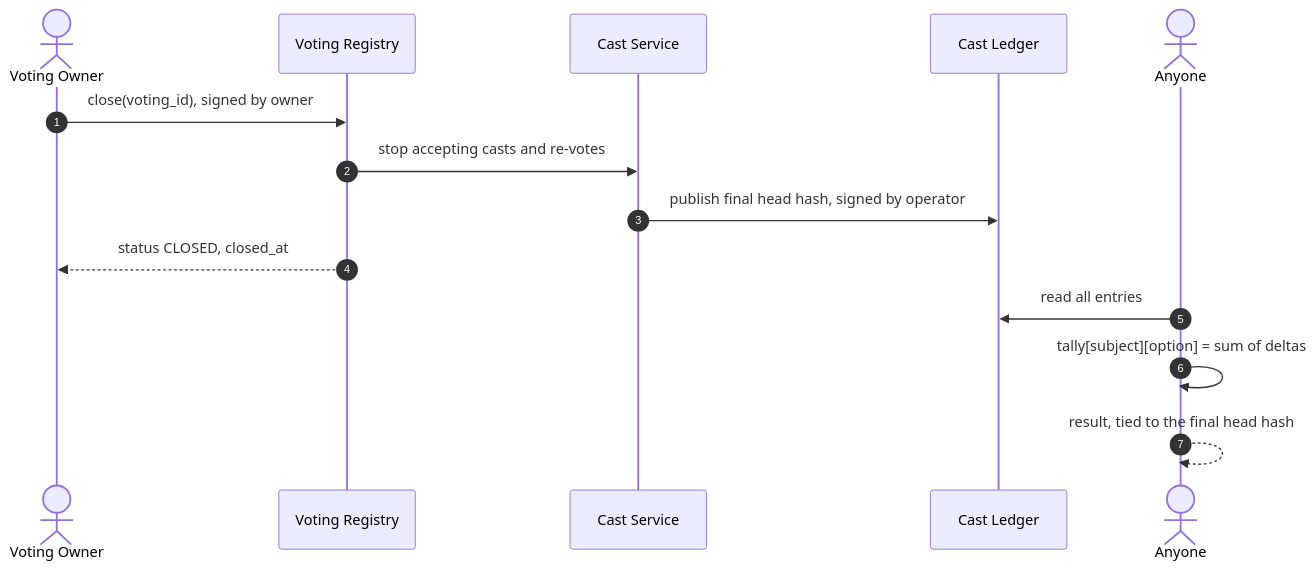
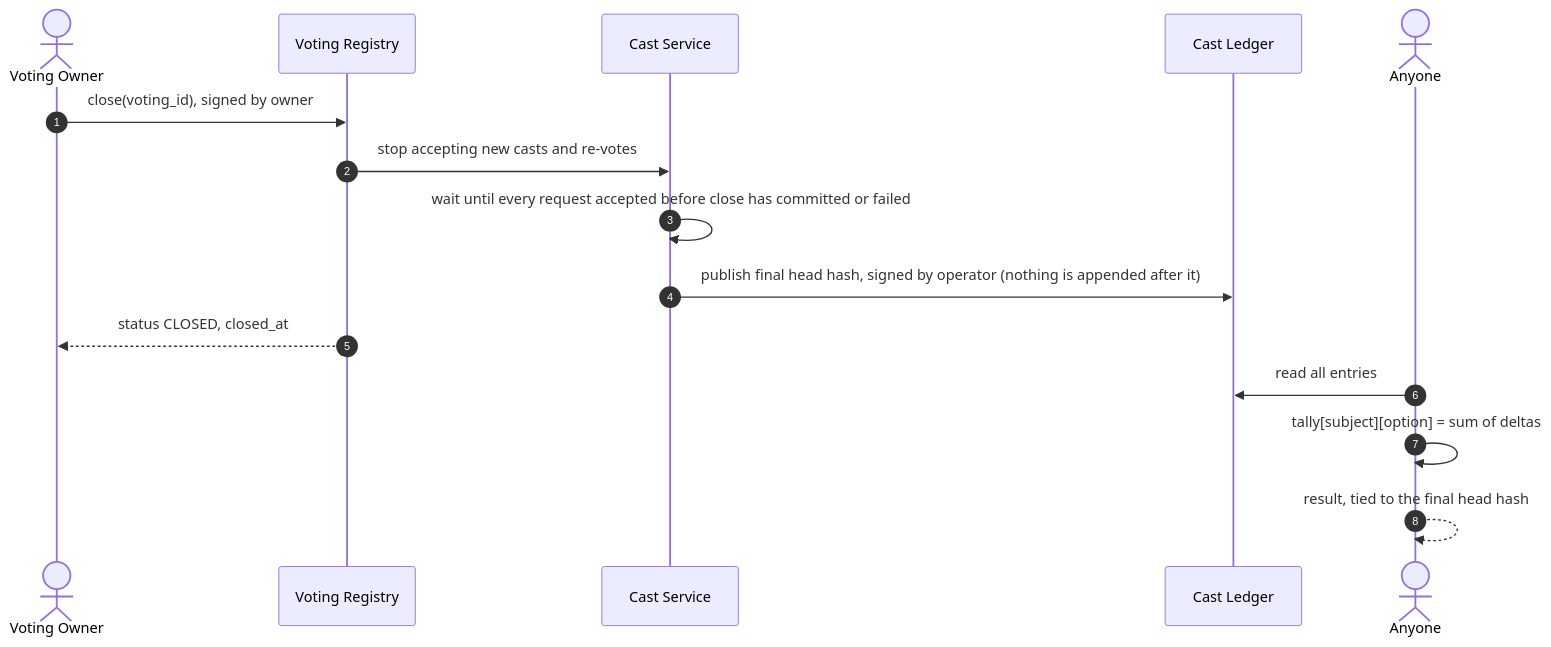
Before and after one commit to s4ysolutions/e-voting-machine: the fifth of 8 diagrams in docs/04-flows.md, drawn with Mermaid. The commit also changed other lines of this file and 8 other files, not shown here.

````diff
--- a/docs/04-flows.md
+++ b/docs/04-flows.md
@@ -132,17 +160,18 @@
 ```mermaid
 sequenceDiagram
     autonumber
     actor O as Voting Owner
     participant VR as Voting Registry
     participant CS as Cast Service
     participant CL as Cast Ledger
     actor A as Anyone
 
     O->>VR: close(voting_id), signed by owner
-    VR->>CS: stop accepting casts and re-votes
-    CS->>CL: publish final head hash, signed by operator
+    VR->>CS: stop accepting new casts and re-votes
+    CS->>CS: wait until every request accepted before close has committed or failed
+    CS->>CL: publish final head hash, signed by operator (nothing is appended after it)
     VR-->>O: status CLOSED, closed_at
     A->>CL: read all entries
     A->>A: tally[subject][option] = sum of deltas
     A-->>A: result, tied to the final head hash
 ```
````
